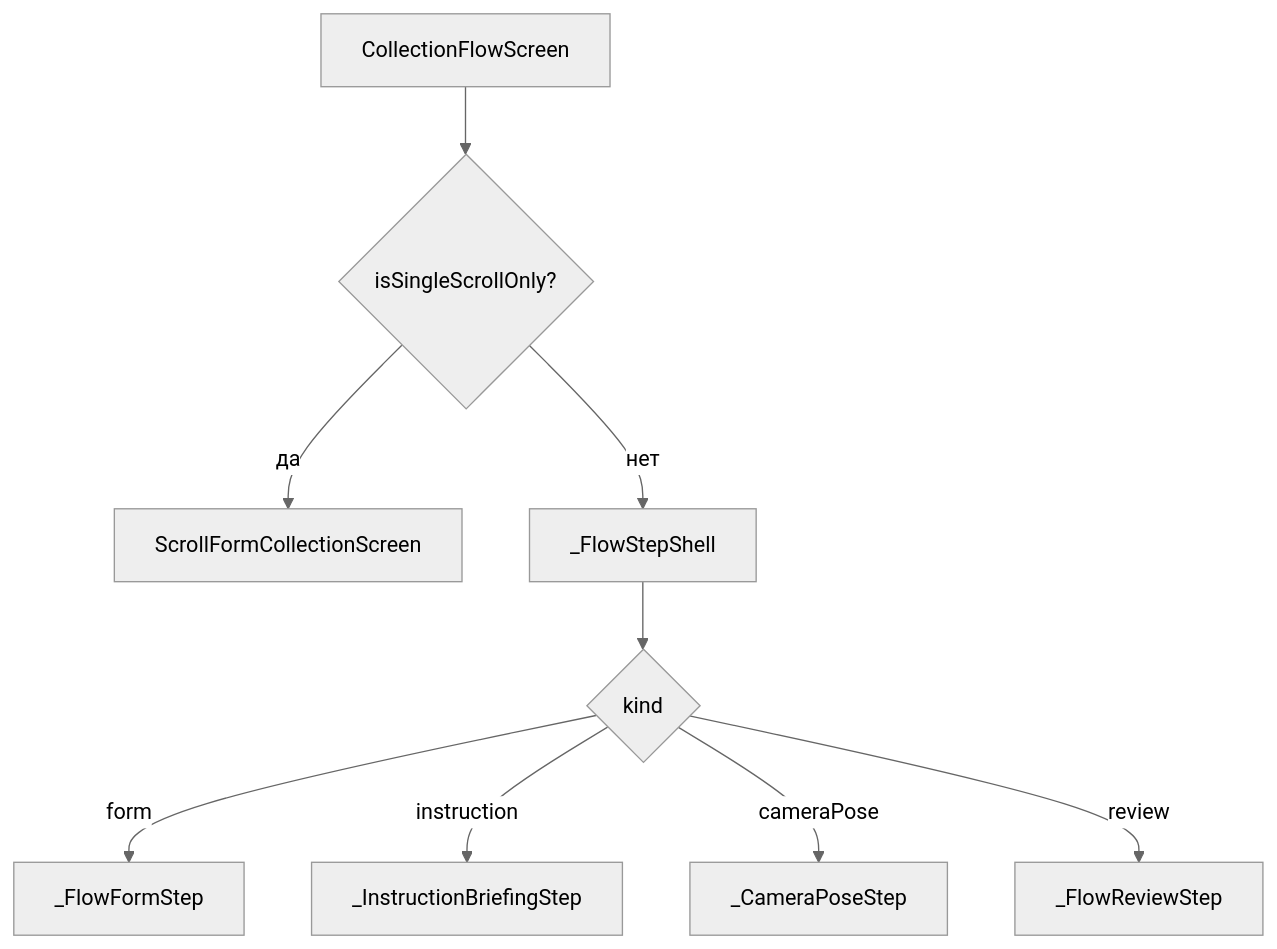
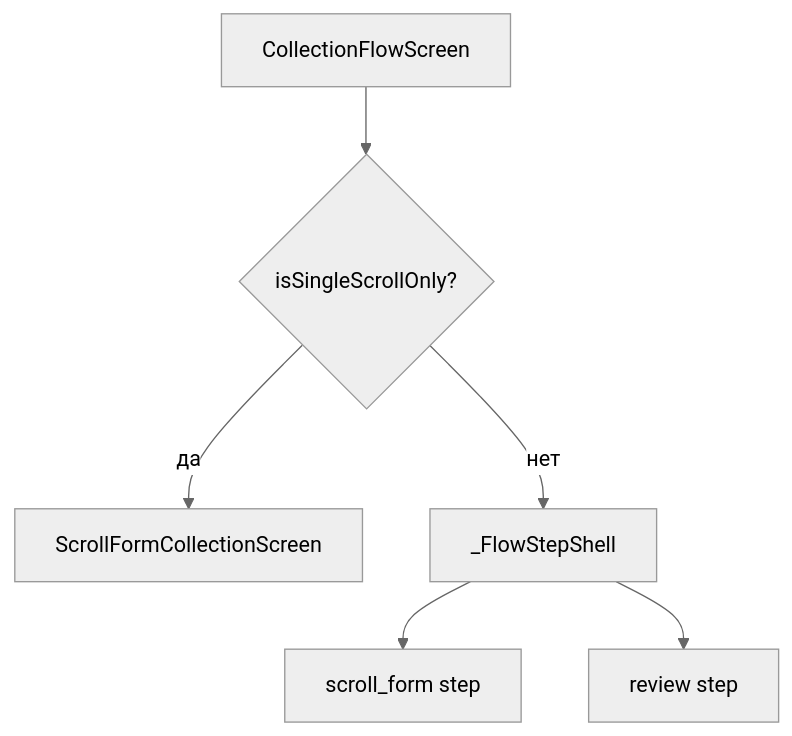
Before and after one commit to epoch8/data-collector: the second of 2 diagrams in specs/config/json-driven-collection-ui.md, drawn with Mermaid (neutral theme). The commit also changed other lines of this file and 20 other files, not shown here.

````diff
--- a/specs/config/json-driven-collection-ui.md
+++ b/specs/config/json-driven-collection-ui.md
@@ -89,11 +93,8 @@
 ```mermaid
 flowchart TD
   A[CollectionFlowScreen] --> B{isSingleScrollOnly?}
   B -->|да| S[ScrollFormCollectionScreen]
   B -->|нет| W[_FlowStepShell]
-  W --> F{kind}
-  F -->|form| FS[_FlowFormStep]
-  F -->|instruction| IS[_InstructionBriefingStep]
-  F -->|cameraPose| CS[_CameraPoseStep]
-  F -->|review| RS[_FlowReviewStep]
+  W --> SF[scroll_form step]
+  W --> RV[review step]
 ```
````
